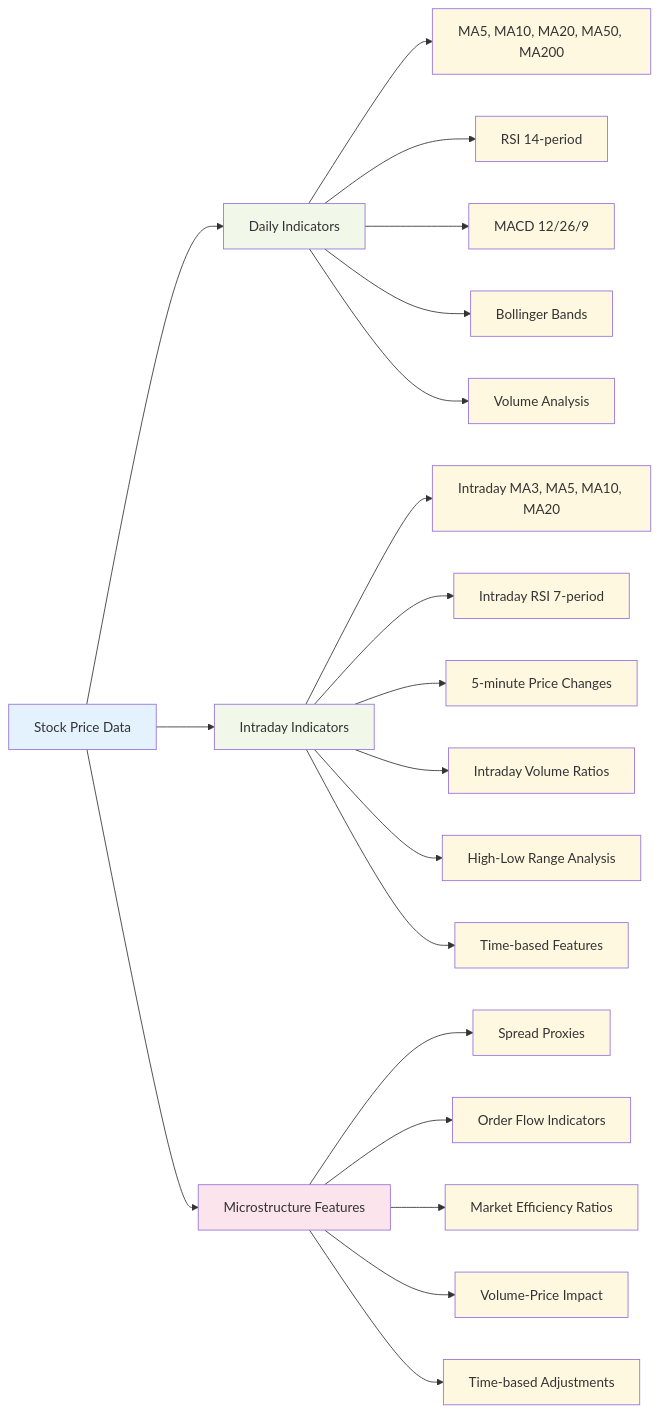
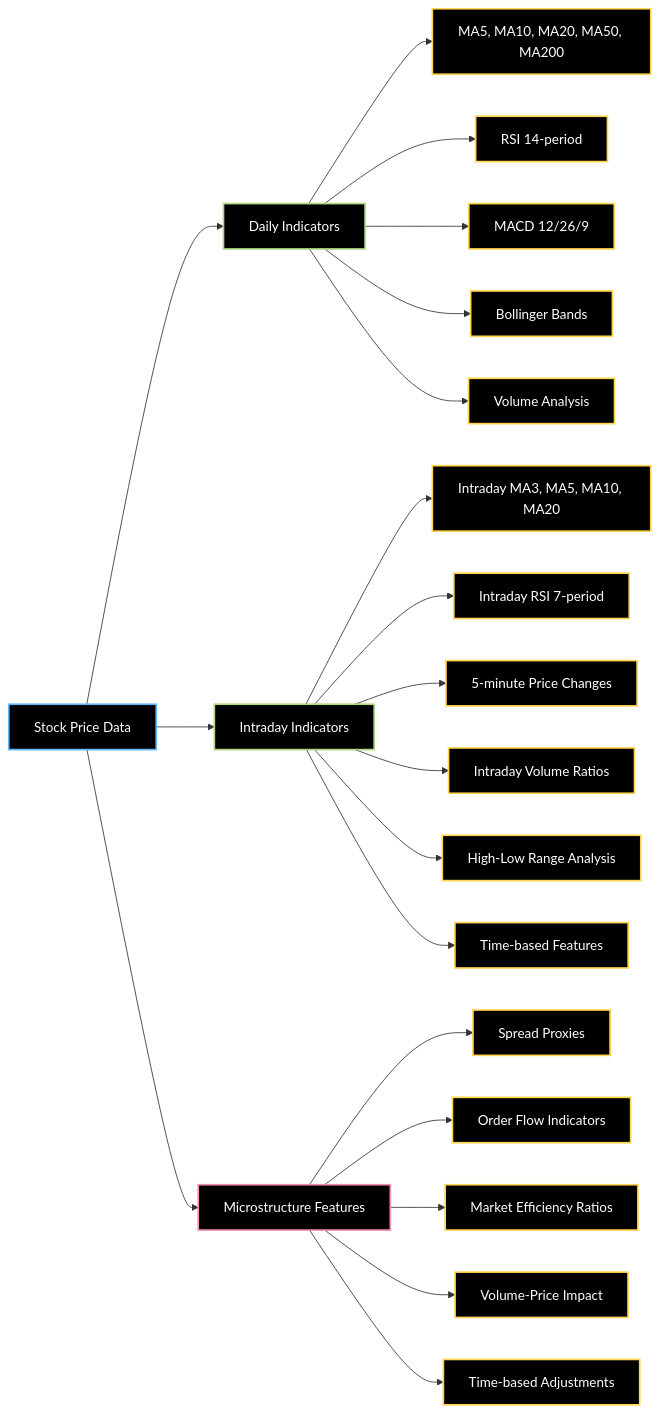
Before and after one commit to jeremygonsalves/price-predictor-stocks: the second of 6 diagrams in docs/LSTM-model.md, drawn with Mermaid. The commit also changed other lines of this file, not shown here.

Commit message:
docs(diagrams): improve Mermaid styling for readability with black background, white bold text, and colored outlines

````diff
--- a/docs/LSTM-model.md
+++ b/docs/LSTM-model.md
@@ -159,35 +159,35 @@
 ```mermaid
 flowchart LR
     A[Stock Price Data] --> B[Daily Indicators]
     A --> C[Intraday Indicators]
     A --> D[Microstructure Features]
     
     B --> B1["MA5, MA10, MA20, MA50, MA200"]
     B --> B2["RSI 14-period"]
     B --> B3["MACD 12/26/9"]
     B --> B4["Bollinger Bands"]
     B --> B5["Volume Analysis"]
     
     C --> C1["Intraday MA3, MA5, MA10, MA20"]
     C --> C2["Intraday RSI 7-period"]
     C --> C3["5-minute Price Changes"]
     C --> C4["Intraday Volume Ratios"]
     C --> C5["High-Low Range Analysis"]
     C --> C6["Time-based Features"]
     
     D --> D1["Spread Proxies"]
     D --> D2["Order Flow Indicators"]
     D --> D3["Market Efficiency Ratios"]
     D --> D4["Volume-Price Impact"]
     D --> D5["Time-based Adjustments"]
     
-    classDef indicator fill:#e3f2fd
-    classDef calculation fill:#f1f8e9
-    classDef result fill:#fff8e1
-    classDef microstructure fill:#fce4ec
+    classDef indicator fill:#000,stroke:#64B5F6,color:#fff,stroke-width:2px
+    classDef calculation fill:#000,stroke:#AED581,color:#fff,stroke-width:2px
+    classDef result fill:#000,stroke:#FFD54F,color:#fff,stroke-width:2px
+    classDef microstructure fill:#000,stroke:#F48FB1,color:#fff,stroke-width:2px
     
     class A indicator
     class B,C calculation
     class D microstructure
     class B1,B2,B3,B4,B5,C1,C2,C3,C4,C5,C6,D1,D2,D3,D4,D5 result
 ```
````
